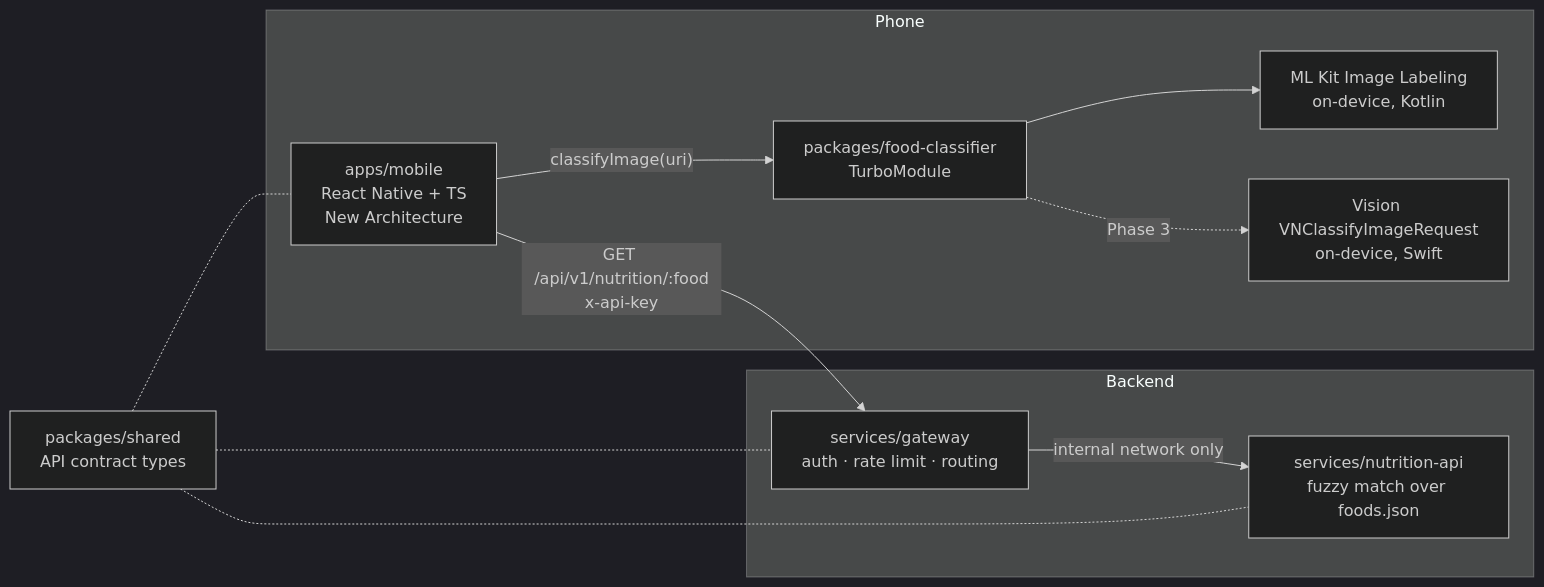
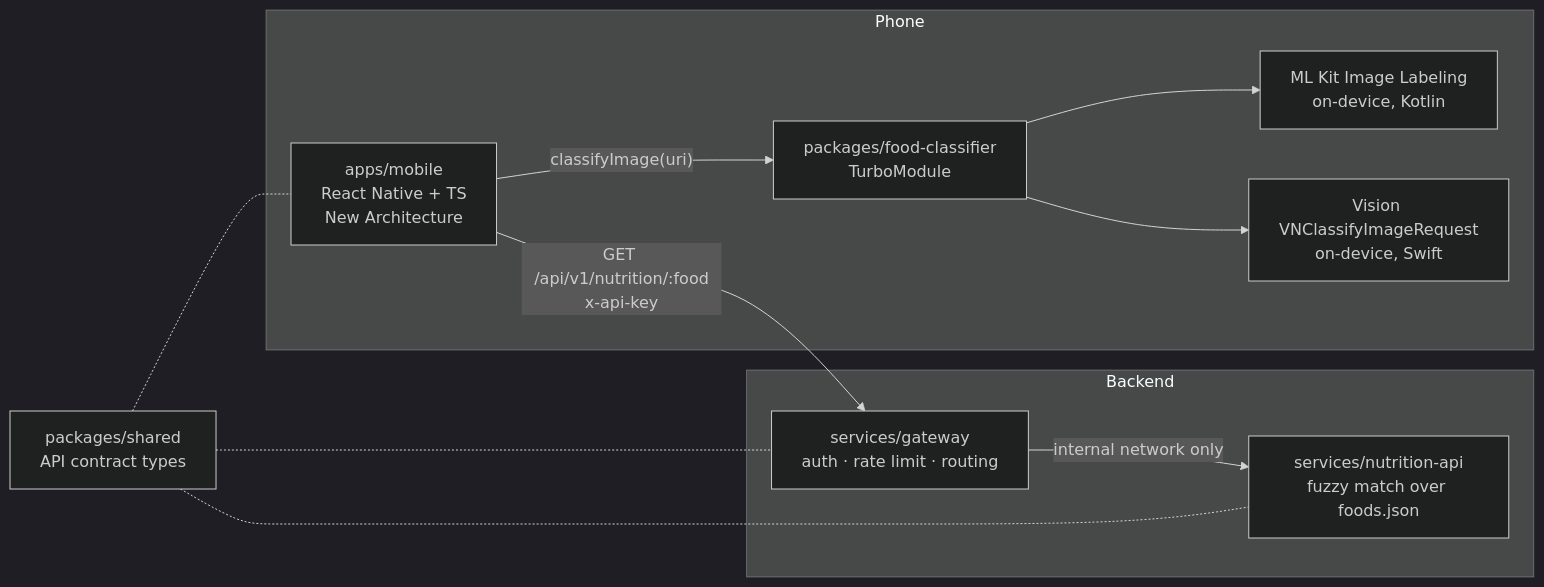
Before and after one commit to askarpenko7/foodsnap: the diagram in README.md, drawn with Mermaid (dark theme). The commit also changed other lines of this file and 2 other files, not shown here.

First line of the commit message:
docs: P3.5/P3.6 - README and tracker for Phase 3

````diff
--- a/README.md
+++ b/README.md
@@ -21,23 +21,23 @@
 ```mermaid
 flowchart LR
     subgraph device["Phone"]
         app["apps/mobile<br/>React Native + TS<br/>New Architecture"]
         tm["packages/food-classifier<br/>TurboModule"]
         mlkit["ML Kit Image Labeling<br/>on-device, Kotlin"]
         vision["Vision VNClassifyImageRequest<br/>on-device, Swift"]
         app -->|"classifyImage(uri)"| tm
         tm --> mlkit
-        tm -.->|"Phase 3"| vision
+        tm --> vision
     end
 
     subgraph backend["Backend"]
         gw["services/gateway<br/>auth · rate limit · routing"]
         api["services/nutrition-api<br/>fuzzy match over foods.json"]
         gw -->|"internal network only"| api
     end
 
     app -->|"GET /api/v1/nutrition/:food<br/>x-api-key"| gw
     shared["packages/shared<br/>API contract types"] -.- app
     shared -.- gw
     shared -.- api
 ```
````
